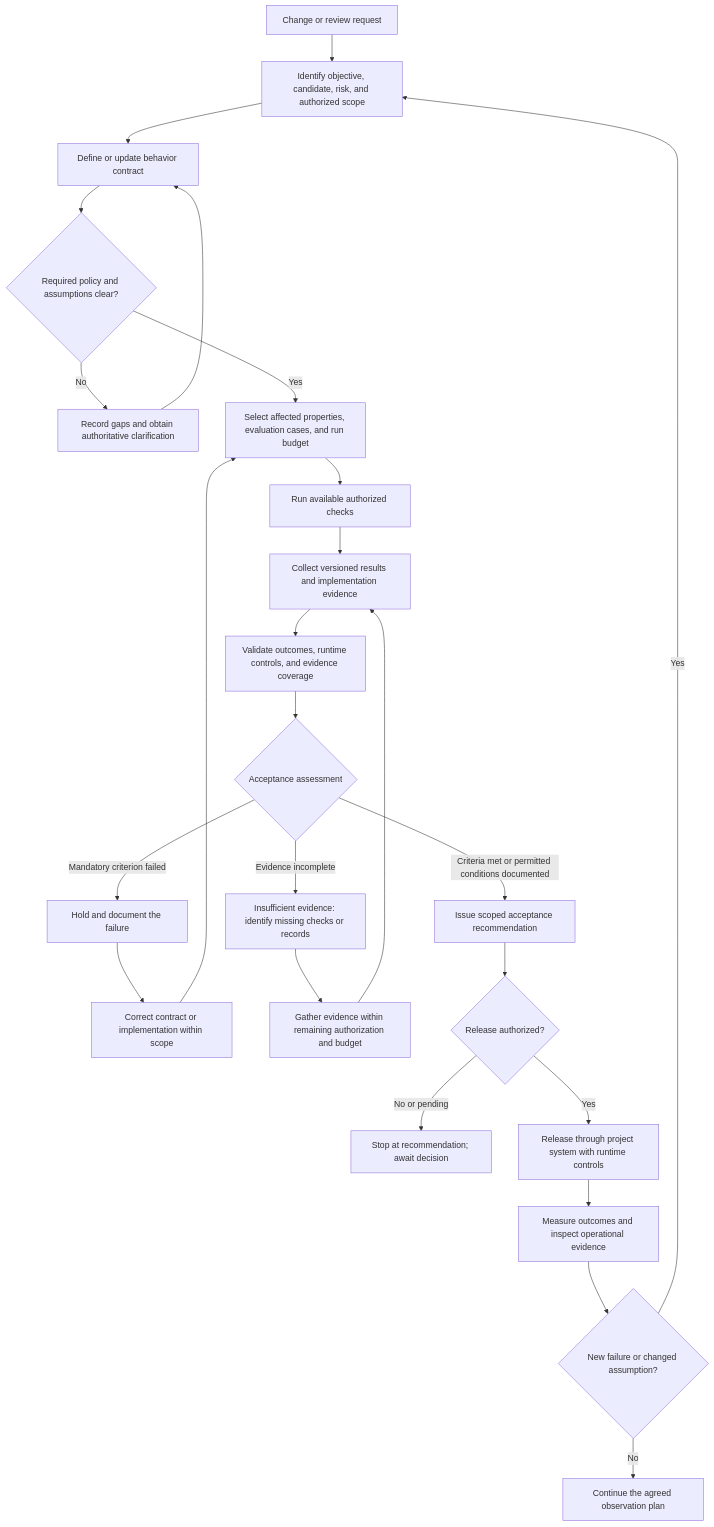
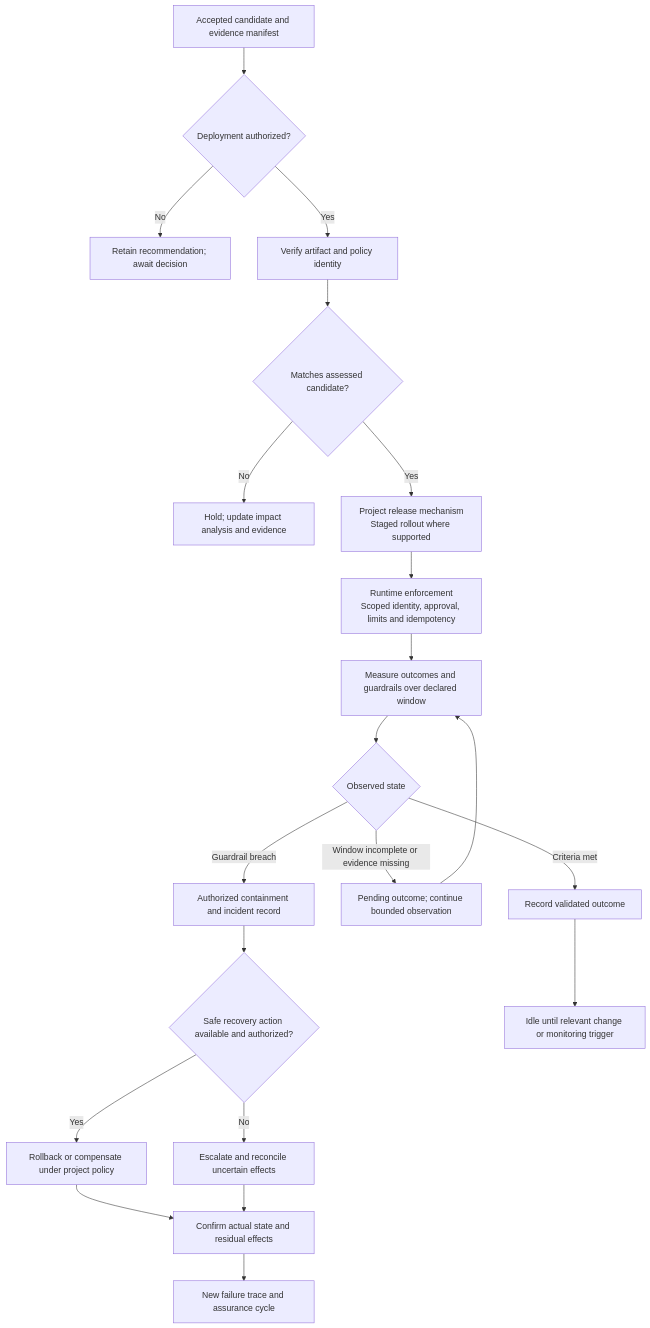
One commit to bijit-ghosh/Agent-Skills changed the fifth of 6 diagrams in README.md. Above: the diagram before and after it, drawn with Mermaid. The commit also changed other lines of this file, not shown here.

Commit message:
Refine assurance architecture, evaluation boundaries, context flow and recovery

````diff
--- a/README.md
+++ b/README.md
@@ -539,27 +315,23 @@
 ```mermaid
 flowchart TD
-    START["Change or review request"] --> SCOPE["Identify objective, candidate, risk, and authorized scope"]
-    SCOPE --> CONTRACT["Define or update behavior contract"]
-    CONTRACT --> READY{"Required policy and assumptions clear?"}
-    READY -->|"No"| CLARIFY["Record gaps and obtain authoritative clarification"]
-    CLARIFY --> CONTRACT
-    READY -->|"Yes"| PLAN["Select affected properties, evaluation cases, and run budget"]
-    PLAN --> RUN["Run available authorized checks"]
-    RUN --> EVIDENCE["Collect versioned results and implementation evidence"]
-    EVIDENCE --> VALIDATE["Validate outcomes, runtime controls, and evidence coverage"]
-    VALIDATE --> DECISION{"Acceptance assessment"}
-    DECISION -->|"Mandatory criterion failed"| HOLD["Hold and document the failure"]
-    DECISION -->|"Evidence incomplete"| UNKNOWN["Insufficient evidence: identify missing checks or records"]
-    DECISION -->|"Criteria met or permitted conditions documented"| RECOMMEND["Issue scoped acceptance recommendation"]
-    HOLD --> REWORK["Correct contract or implementation within scope"]
-    REWORK --> PLAN
-    UNKNOWN --> FOLLOWUP["Gather evidence within remaining authorization and budget"]
-    FOLLOWUP --> EVIDENCE
-    RECOMMEND --> AUTH{"Release authorized?"}
-    AUTH -->|"No or pending"| WAIT["Stop at recommendation; await decision"]
-    AUTH -->|"Yes"| DEPLOY["Release through project system with runtime controls"]
-    DEPLOY --> OBSERVE["Measure outcomes and inspect operational evidence"]
-    OBSERVE --> FEEDBACK{"New failure or changed assumption?"}
-    FEEDBACK -->|"Yes"| SCOPE
-    FEEDBACK -->|"No"| CONTINUE["Continue the agreed observation plan"]
+    ACCEPT["Accepted candidate and evidence manifest"] --> AUTH{"Deployment authorized?"}
+    AUTH -->|"No"| WAIT["Retain recommendation; await decision"]
+    AUTH -->|"Yes"| ID["Verify artifact and policy identity"]
+    ID --> MATCH{"Matches assessed candidate?"}
+    MATCH -->|"No"| HOLD["Hold; update impact analysis and evidence"]
+    MATCH -->|"Yes"| RELEASE["Project release mechanism<br/>Staged rollout where supported"]
+    RELEASE --> ENFORCE["Runtime enforcement<br/>Scoped identity, approval, limits and idempotency"]
+    ENFORCE --> OBSERVE["Measure outcomes and guardrails over declared window"]
+    OBSERVE --> SIGNAL{"Observed state"}
+    SIGNAL -->|"Criteria met"| COMPLETE["Record validated outcome"]
+    SIGNAL -->|"Window incomplete or evidence missing"| PENDING["Pending outcome; continue bounded observation"]
+    PENDING --> OBSERVE
+    SIGNAL -->|"Guardrail breach"| CONTAIN["Authorized containment and incident record"]
+    CONTAIN --> RECOVER{"Safe recovery action available and authorized?"}
+    RECOVER -->|"Yes"| ACTION["Rollback or compensate under project policy"]
+    RECOVER -->|"No"| ESCALATE["Escalate and reconcile uncertain effects"]
+    ACTION --> RECON["Confirm actual state and residual effects"]
+    ESCALATE --> RECON
+    RECON --> FEEDBACK["New failure trace and assurance cycle"]
+    COMPLETE --> IDLE["Idle until relevant change or monitoring trigger"]
 ```
````
